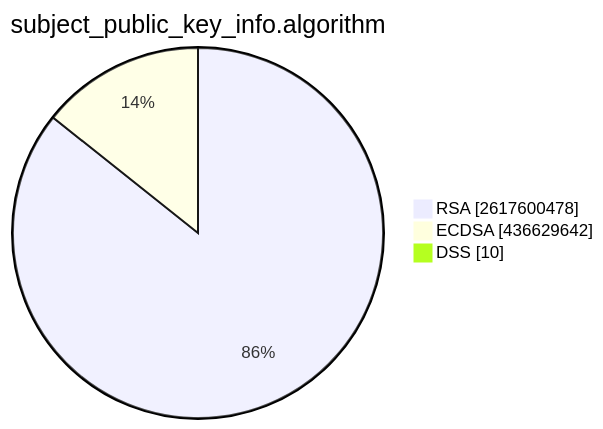
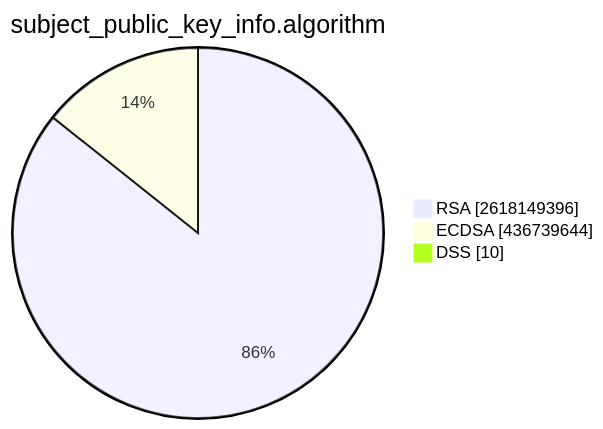
The second of 15 diagrams in TOTAL/README.md (christiankrug/ctmonitor_visualization), drawn with Mermaid before and after one commit. The commit also changed other lines of this file, not shown here.

````diff
--- a/TOTAL/README.md
+++ b/TOTAL/README.md
@@ -6,7 +6,7 @@
 ```mermaid
 pie showData
 title subject_public_key_info.algorithm
-"RSA" :2617600478
-"ECDSA" :436629642
+"RSA" :2618149396
+"ECDSA" :436739644
 "DSS" :10
 ```
````
